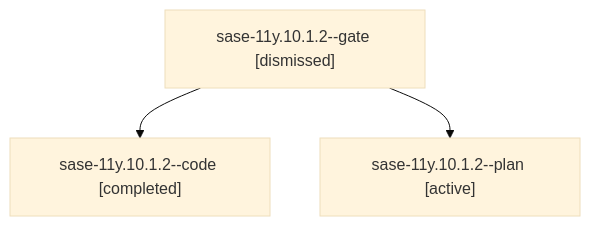
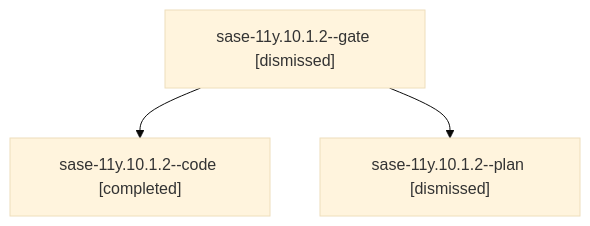
Before and after one commit to sase-org/sase--agents: the diagram in sessions/bbugyi200.athena.sase-11y.10.1.2.md, drawn with Mermaid (base theme). The commit also changed other lines of this file and 306 other files, not shown here.

````diff
--- a/sessions/bbugyi200.athena.sase-11y.10.1.2.md
+++ b/sessions/bbugyi200.athena.sase-11y.10.1.2.md
@@ -9,8 +9,8 @@
 ```mermaid
 flowchart TD
   n0["sase-11y.10.1.2--gate [dismissed]"]
   n1["sase-11y.10.1.2--code [completed]"]
   n0 --> n1
-  n2["sase-11y.10.1.2--plan [active]"]
+  n2["sase-11y.10.1.2--plan [dismissed]"]
   n0 --> n2
 ```
````
